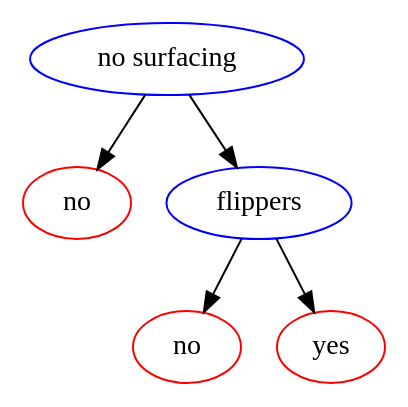
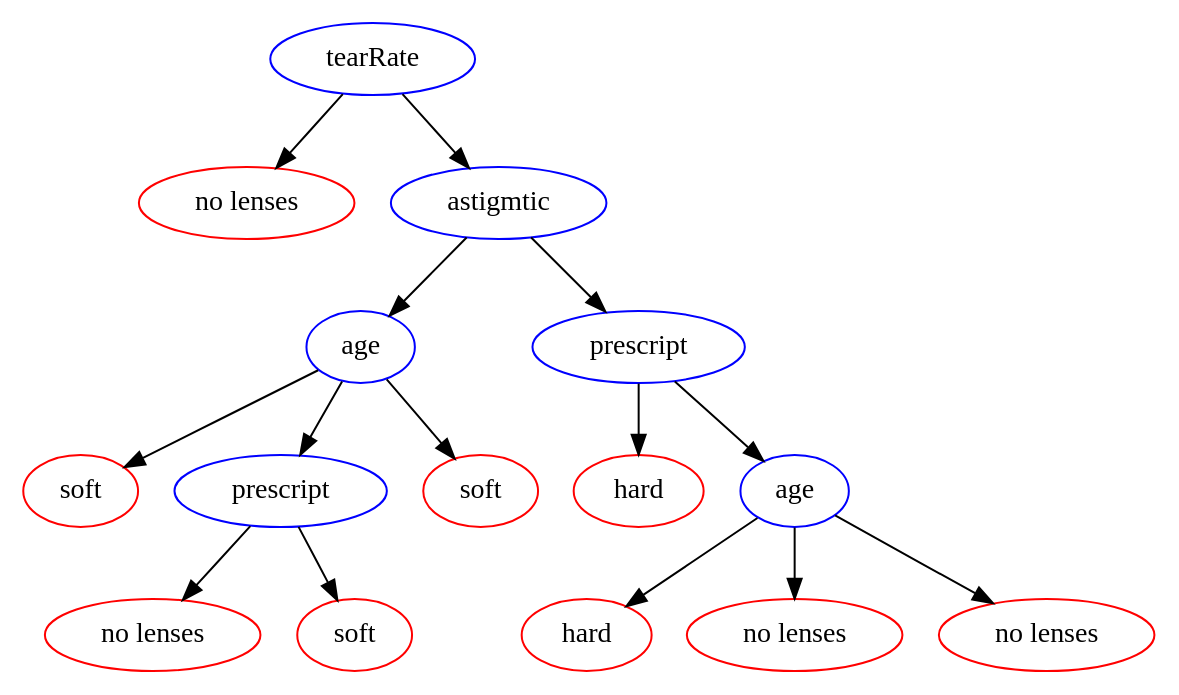
The diagram in Decision Tree/MyTree.gv (ColdCancer/Learning-Machine), drawn with Graphviz before and after one commit. The commit also changed 3 other files, not shown here.

```diff
--- a/Decision Tree/MyTree.gv
+++ b/Decision Tree/MyTree.gv
@@ -1,12 +1,32 @@
 // Decision Tree
 digraph MyTree {
-	"no surfacing" [color=blue]
-	no1 [label=no color=red]
-	"no surfacing" -> no1
-	flippers [color=blue]
-	no2 [label=no color=red]
-	flippers -> no2
-	yes3 [label=yes color=red]
-	flippers -> yes3
-	"no surfacing" -> flippers
+	tearRate1 [label=tearRate color=blue]
+	"no lenses1" [label="no lenses" color=red]
+	tearRate1 -> "no lenses1"
+	astigmtic1 [label=astigmtic color=blue]
+	age1 [label=age color=blue]
+	soft1 [label=soft color=red]
+	age1 -> soft1
+	prescript1 [label=prescript color=blue]
+	"no lenses2" [label="no lenses" color=red]
+	prescript1 -> "no lenses2"
+	soft2 [label=soft color=red]
+	prescript1 -> soft2
+	age1 -> prescript1
+	soft3 [label=soft color=red]
+	age1 -> soft3
+	astigmtic1 -> age1
+	prescript2 [label=prescript color=blue]
+	hard1 [label=hard color=red]
+	prescript2 -> hard1
+	age2 [label=age color=blue]
+	hard2 [label=hard color=red]
+	age2 -> hard2
+	"no lenses3" [label="no lenses" color=red]
+	age2 -> "no lenses3"
+	"no lenses4" [label="no lenses" color=red]
+	age2 -> "no lenses4"
+	prescript2 -> age2
+	astigmtic1 -> prescript2
+	tearRate1 -> astigmtic1
 }
```
